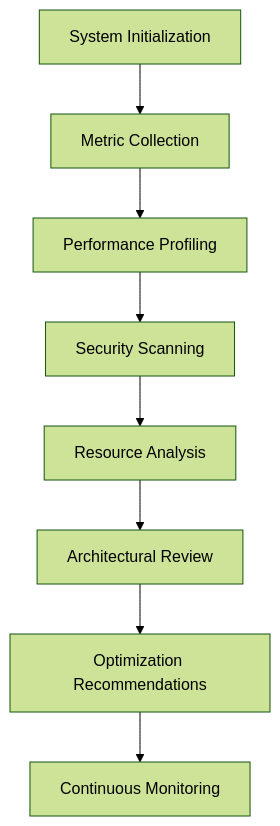
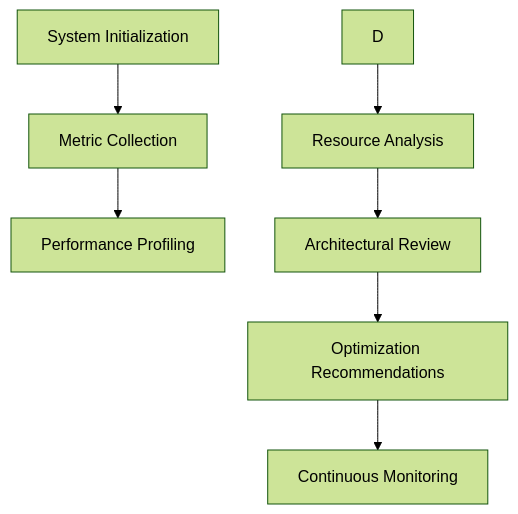
Before and after one commit to sutazai/sutazaiapp: the diagram in docs/SYSTEM_ANALYSIS_GUIDE.md, drawn with Mermaid (forest theme). The commit also changed other lines of this file and 1032 other files, not shown here.

````diff
--- a/docs/SYSTEM_ANALYSIS_GUIDE.md
+++ b/docs/SYSTEM_ANALYSIS_GUIDE.md
@@ -83,10 +77,9 @@
 ```mermaid
 graph TD
     A[System Initialization] --> B[Metric Collection]
     B --> C[Performance Profiling]
-    C --> D[Security Scanning]
     D --> E[Resource Analysis]
     E --> F[Architectural Review]
     F --> G[Optimization Recommendations]
     G --> H[Continuous Monitoring]
 ```
````
